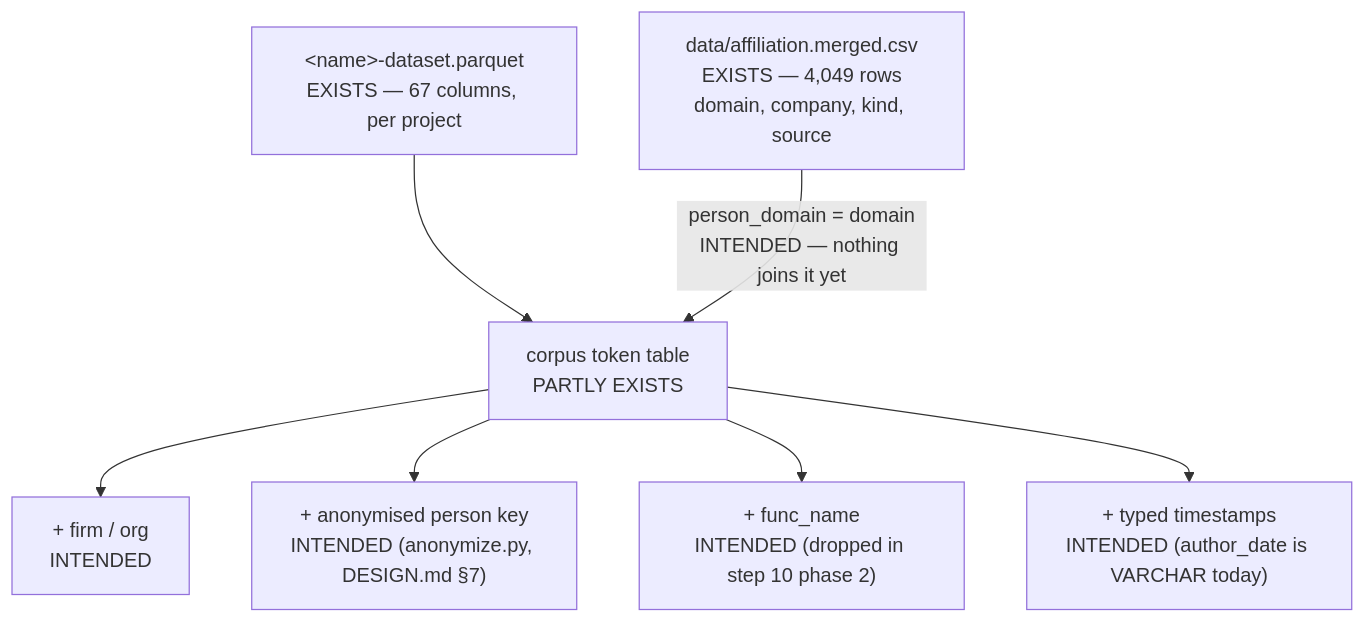
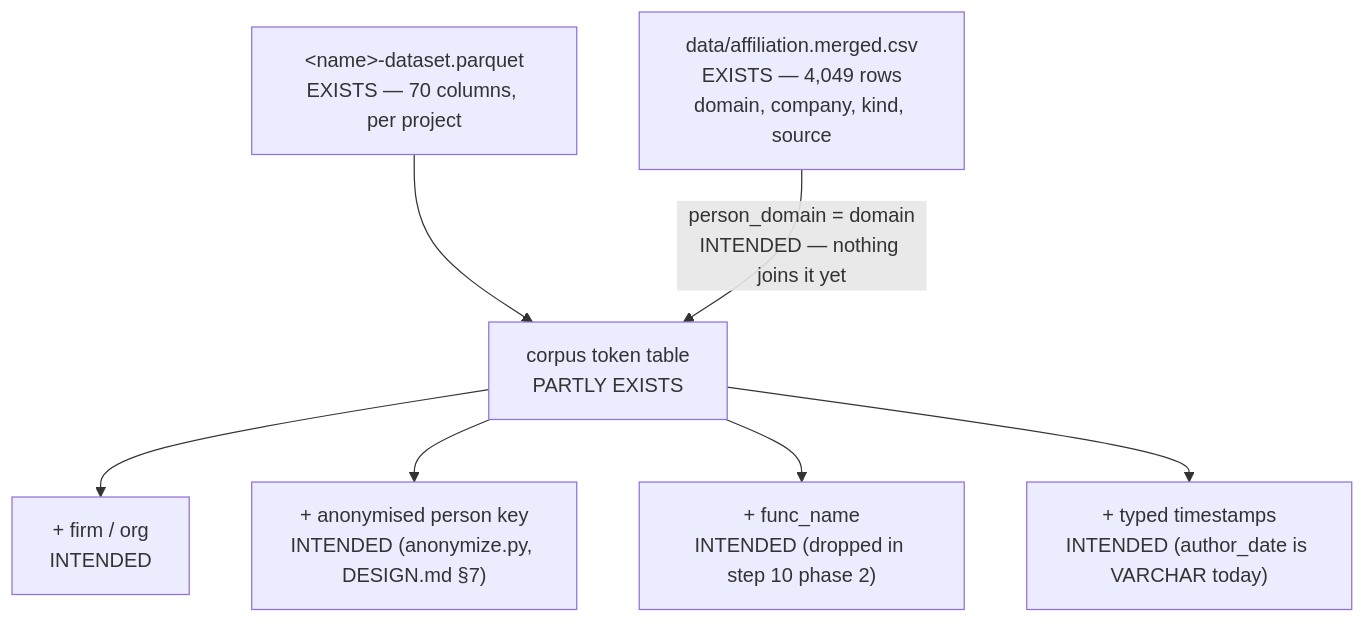
Before and after one commit to ccsl-codev/cregit-token-pipeline: the fourth of 4 diagrams in docs/DATASET-SCHEMA.md, drawn with Mermaid. The commit also changed other lines of this file and 8 other files, not shown here.

First line of the commit message:
feat: attribute firms per row, correct one map row, review 48 name merges

````diff
--- a/docs/DATASET-SCHEMA.md
+++ b/docs/DATASET-SCHEMA.md
@@ -514,11 +519,11 @@
 ```mermaid
 flowchart TB
-    P["&lt;name&gt;-dataset.parquet<br/>EXISTS — 67 columns, per project"]
+    P["&lt;name&gt;-dataset.parquet<br/>EXISTS — 70 columns, per project"]
 
     P --> V["corpus token table<br/>PARTLY EXISTS"]
     A["data/affiliation.merged.csv<br/>EXISTS — 4,049 rows<br/>domain, company, kind, source"] -->|"person_domain = domain<br/>INTENDED — nothing joins it yet"| V
     V --> F["+ firm / org<br/>INTENDED"]
     V --> H["+ anonymised person key<br/>INTENDED (anonymize.py, DESIGN.md §7)"]
     V --> FN["+ func_name<br/>INTENDED (dropped in step 10 phase 2)"]
     V --> TS["+ typed timestamps<br/>INTENDED (author_date is VARCHAR today)"]
 ```
````
